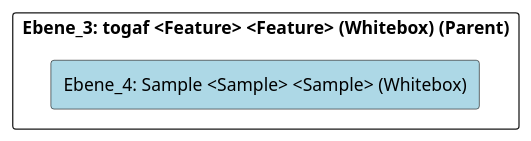
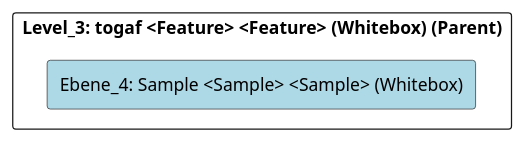
One commit to marcozwyssig/cleon changed the diagram in doc/cleonproject_deliverables_architecture_model_architecture/adoc/de/05_bausteinsicht/cleon/architecture_methods/togaf/sample/ebene_4_sample.adoc. Above: the diagram before and after it, drawn with PlantUML. The commit also changed other lines of this file and 169 other files, not shown here.

```diff
--- a/doc/cleonproject_deliverables_architecture_model_architecture/adoc/de/05_bausteinsicht/cleon/architecture_methods/togaf/sample/ebene_4_sample.adoc
+++ b/doc/cleonproject_deliverables_architecture_model_architecture/adoc/de/05_bausteinsicht/cleon/architecture_methods/togaf/sample/ebene_4_sample.adoc
@@ -20,24 +20,24 @@
 [plantuml, Ebene_4: Sample <Sample> <Sample> (Whitebox)BlockOverview, format="svg"]
 ----
 @startuml Ebene_4: Sample <Sample> <Sample> (Whitebox)BuildingBlockOverview
 
 skinparam ranksep 10
 skinparam componentStyle rectangle
 skinparam shadowing false
 skinparam arrowColor lightblue
 skinparam arrowThickness 1.2
 skinparam rectangle {
   BackgroundColor White
   BorderColor #333
   RoundCorner 10
 }
 top to bottom direction
 
-component "Ebene_3: togaf <Feature> <Feature> (Whitebox) (Parent)" {
+component "Level_3: togaf <Feature> <Feature> (Whitebox) (Parent)" {
     component "Ebene_4: Sample <Sample> <Sample> (Whitebox)" #lightblue {
     }
 
 }
 
 @enduml
 ----
```
